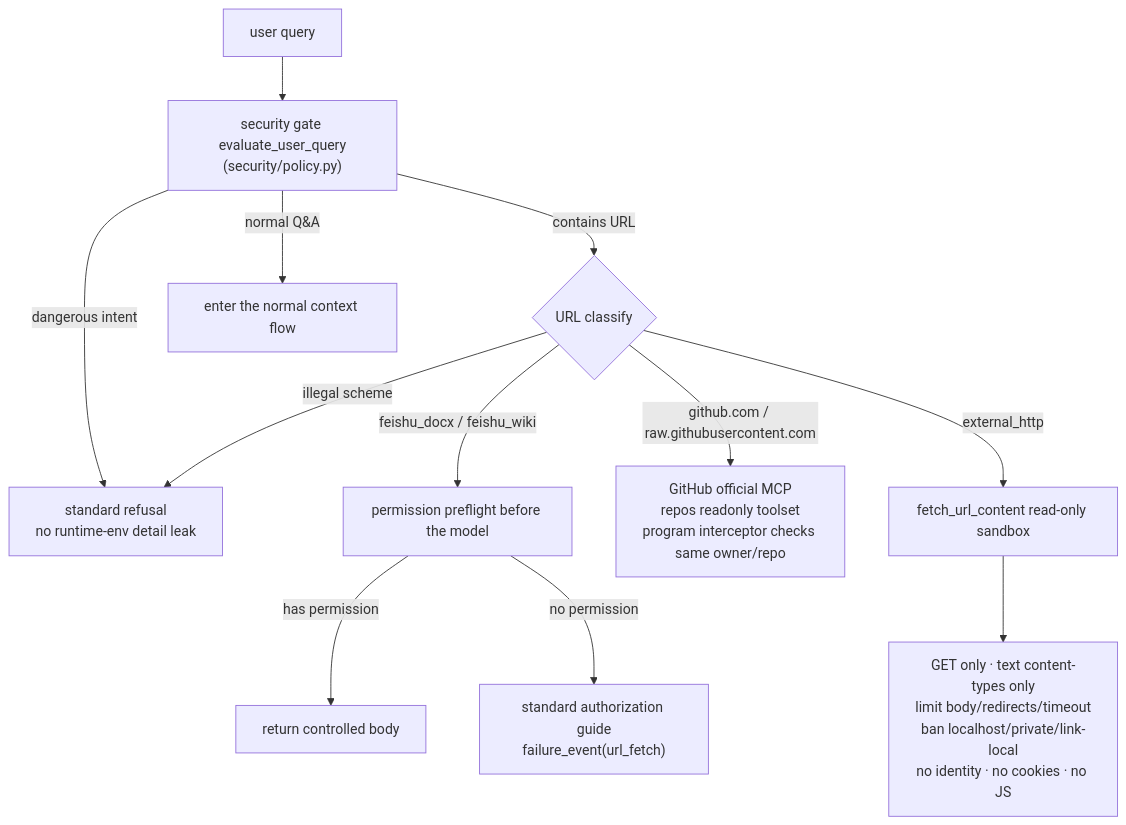
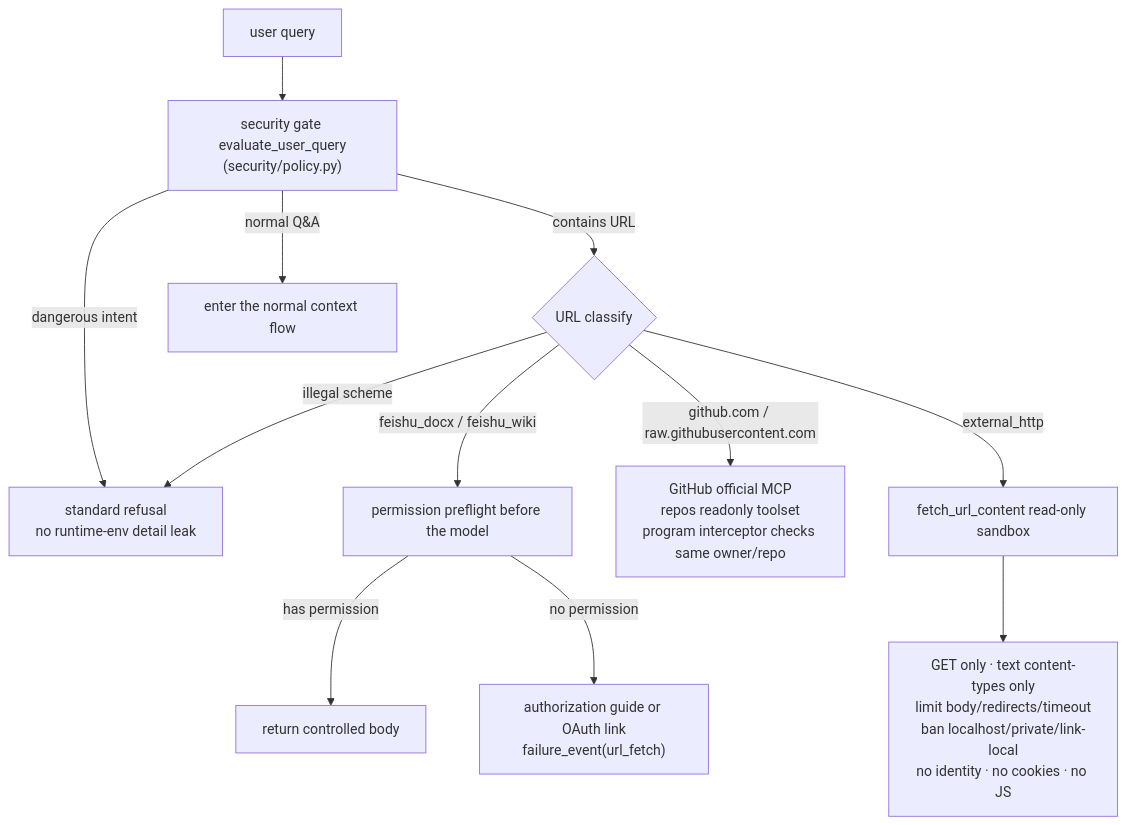
Before and after one commit to permanentstar/lark-doc-whisper: the sixth of 7 diagrams in docs/lark_doc_whisper_architecture.md, drawn with Mermaid. The commit also changed other lines of this file and 21 other files, not shown here.

````diff
--- a/docs/lark_doc_whisper_architecture.md
+++ b/docs/lark_doc_whisper_architecture.md
@@ -229,17 +229,17 @@
 ```mermaid
 flowchart TD
     Q["user query"] --> G["security gate evaluate_user_query<br/>(security/policy.py)"]
     G -->|dangerous intent| DENY["standard refusal<br/>no runtime-env detail leak"]
     G -->|contains URL| CLS{URL classify}
     G -->|normal Q&A| PASS["enter the normal context flow"]
 
     CLS -->|feishu_docx / feishu_wiki| FP["permission preflight before the model"]
     FP -->|has permission| FOK["return controlled body"]
-    FP -->|no permission| FNO["standard authorization guide<br/>failure_event(url_fetch)"]
+    FP -->|no permission| FNO["authorization guide or OAuth link<br/>failure_event(url_fetch)"]
 
     CLS -->|github.com / raw.githubusercontent.com| GH["GitHub official MCP<br/>repos readonly toolset<br/>program interceptor checks same owner/repo"]
     CLS -->|external_http| EXT["fetch_url_content read-only sandbox"]
     EXT --> EC["GET only · text content-types only<br/>limit body/redirects/timeout<br/>ban localhost/private/link-local<br/>no identity · no cookies · no JS"]
 
     CLS -->|illegal scheme| DENY
 ```
````
